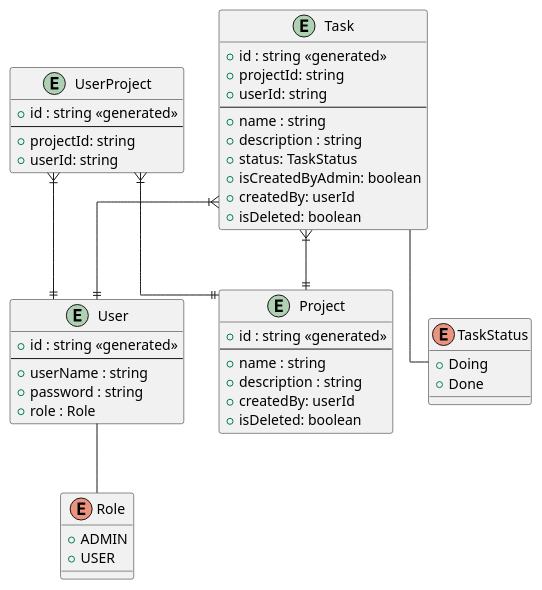
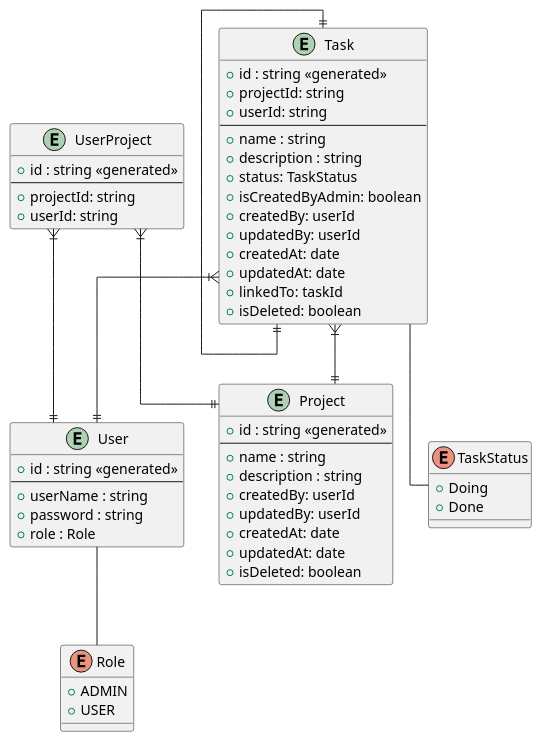
The diagram in todo-app/diagrams/ERD.wsd (btsangk20/Todo-List-Back-End), drawn with PlantUML before and after one commit. The commit also changed 4 other files, not shown here.

Commit message:
Update ERD, Model and Controller for Task, Project

```diff
--- a/todo-app/diagrams/ERD.wsd
+++ b/todo-app/diagrams/ERD.wsd
@@ -1,63 +1,72 @@
 @startuml Todo-List
 
 ' avoid problems with angled crows feet
 skinparam linetype ortho
 
 entity Project {
 + id : string <<generated>>
 --
 + name : string
 + description : string
 + createdBy: userId
++ updatedBy: userId
++ createdAt: date
++ updatedAt: date
 + isDeleted: boolean
 }
 
 entity User { 
 + id : string <<generated>>
 --
 + userName : string
 + password : string
 + role : Role
 }
 
 enum Role {
 + ADMIN
 + USER
 }
 
 User -- Role
 
 entity Task {
 + id : string <<generated>>
 + projectId: string
 + userId: string
 --
 + name : string
 + description : string
 + status: TaskStatus
 + isCreatedByAdmin: boolean
 + createdBy: userId
++ updatedBy: userId
++ createdAt: date
++ updatedAt: date
++ linkedTo: taskId
 + isDeleted: boolean
 }
 
 Task--TaskStatus
 
 enum TaskStatus {
 +Doing
 +Done
 }
 
 entity UserProject {
 + id : string <<generated>>
 --
 + projectId: string
 + userId: string
 }
 
 UserProject }|--|| User
 UserProject }|--|| Project
 
+Task ||--||Task
+
 Task }|--|| Project
 Task }|--|| User
 
 @enduml
```
